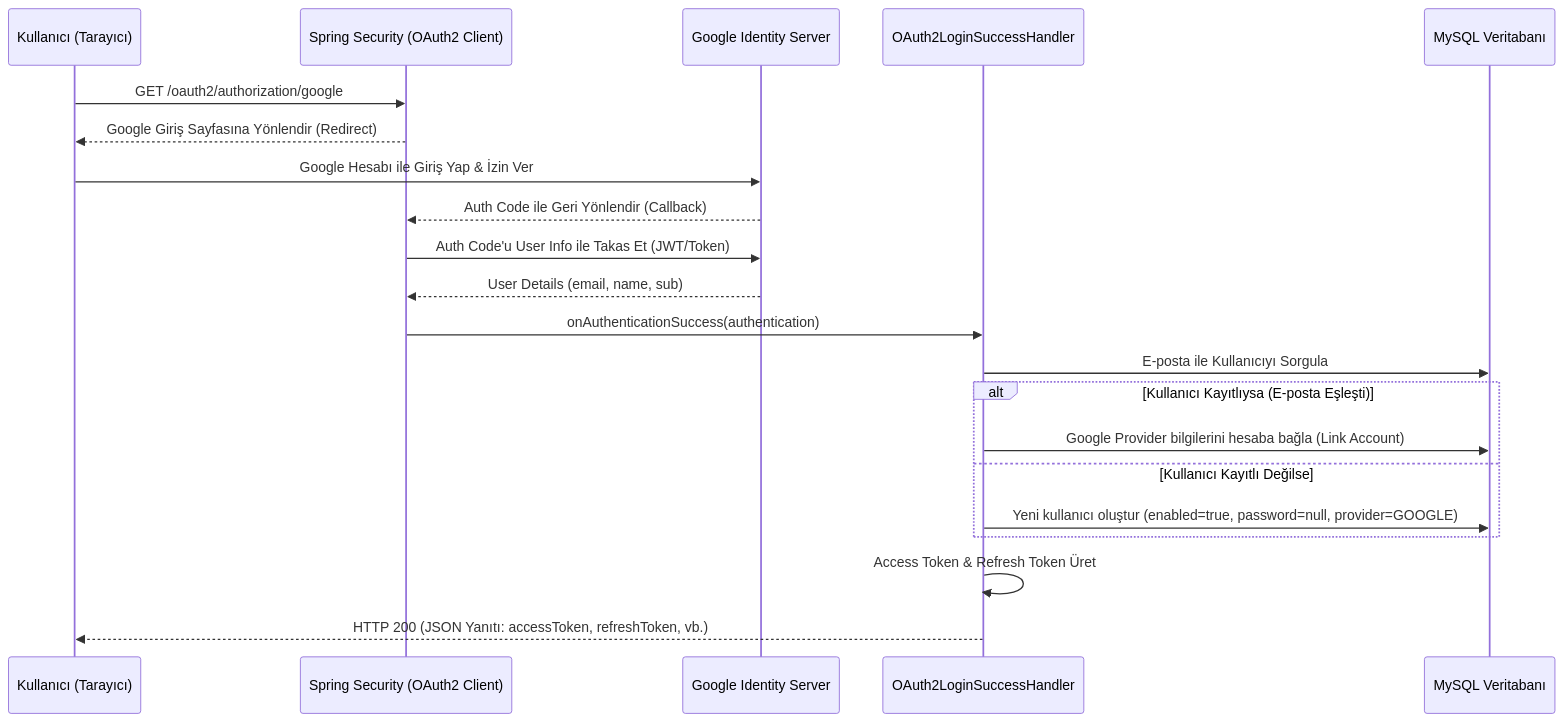
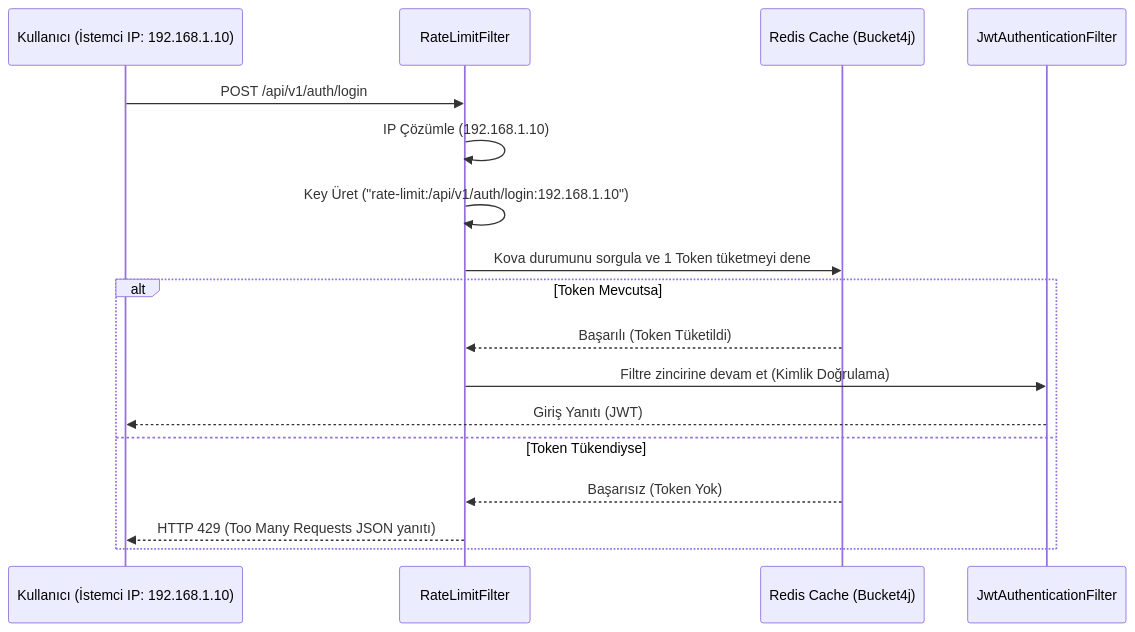
Before and after one commit to burakcnaksy0/spring-security: the diagram in README.md, drawn with Mermaid. The commit also changed other lines of this file, not shown here.

Commit message:
docs: update README for rate-limiting branch

````diff
--- a/README.md
+++ b/README.md
@@ -42,26 +41,20 @@
 ```mermaid
 sequenceDiagram
-    participant User as Kullanıcı (Tarayıcı)
-    participant SpringSec as Spring Security (OAuth2 Client)
-    participant Google as Google Identity Server
-    participant Handler as OAuth2LoginSuccessHandler
-    participant DB as MySQL Veritabanı
-
-    User->>SpringSec: GET /oauth2/authorization/google
-    SpringSec-->>User: Google Giriş Sayfasına Yönlendir (Redirect)
-    User->>Google: Google Hesabı ile Giriş Yap & İzin Ver
-    Google-->>SpringSec: Auth Code ile Geri Yönlendir (Callback)
-    SpringSec->>Google: Auth Code'u User Info ile Takas Et (JWT/Token)
-    Google-->>SpringSec: User Details (email, name, sub)
-    SpringSec->>Handler: onAuthenticationSuccess(authentication)
+    participant User as Kullanıcı (İstemci IP: 192.168.1.10)
+    participant Filter as RateLimitFilter
+    participant Redis as Redis Cache (Bucket4j)
+    participant AuthFilter as JwtAuthenticationFilter
     
-    Handler->>DB: E-posta ile Kullanıcıyı Sorgula
-    alt Kullanıcı Kayıtlıysa (E-posta Eşleşti)
-        Handler->>DB: Google Provider bilgilerini hesaba bağla (Link Account)
-    else Kullanıcı Kayıtlı Değilse
-        Handler->>DB: Yeni kullanıcı oluştur (enabled=true, password=null, provider=GOOGLE)
+    User->>Filter: POST /api/v1/auth/login
+    Filter->>Filter: IP Çözümle (192.168.1.10)
+    Filter->>Filter: Key Üret ("rate-limit:/api/v1/auth/login:192.168.1.10")
+    Filter->>Redis: Kova durumunu sorgula ve 1 Token tüketmeyi dene
+    alt Token Mevcutsa
+        Redis-->>Filter: Başarılı (Token Tüketildi)
+        Filter->>AuthFilter: Filtre zincirine devam et (Kimlik Doğrulama)
+        AuthFilter-->>User: Giriş Yanıtı (JWT)
+    else Token Tükendiyse
+        Redis-->>Filter: Başarısız (Token Yok)
+        Filter-->>User: HTTP 429 (Too Many Requests JSON yanıtı)
     end
-    
-    Handler->>Handler: Access Token & Refresh Token Üret
-    Handler-->>User: HTTP 200 (JSON Yanıtı: accessToken, refreshToken, vb.)
 ```
````
